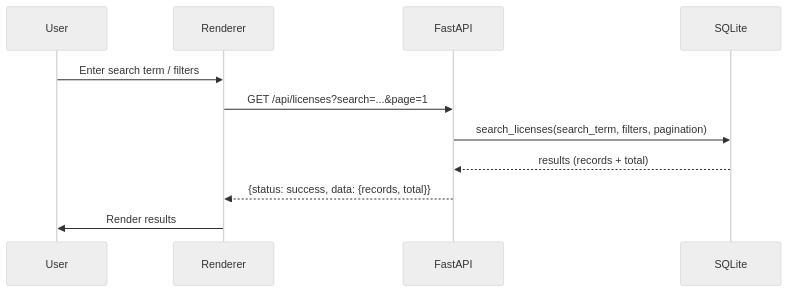
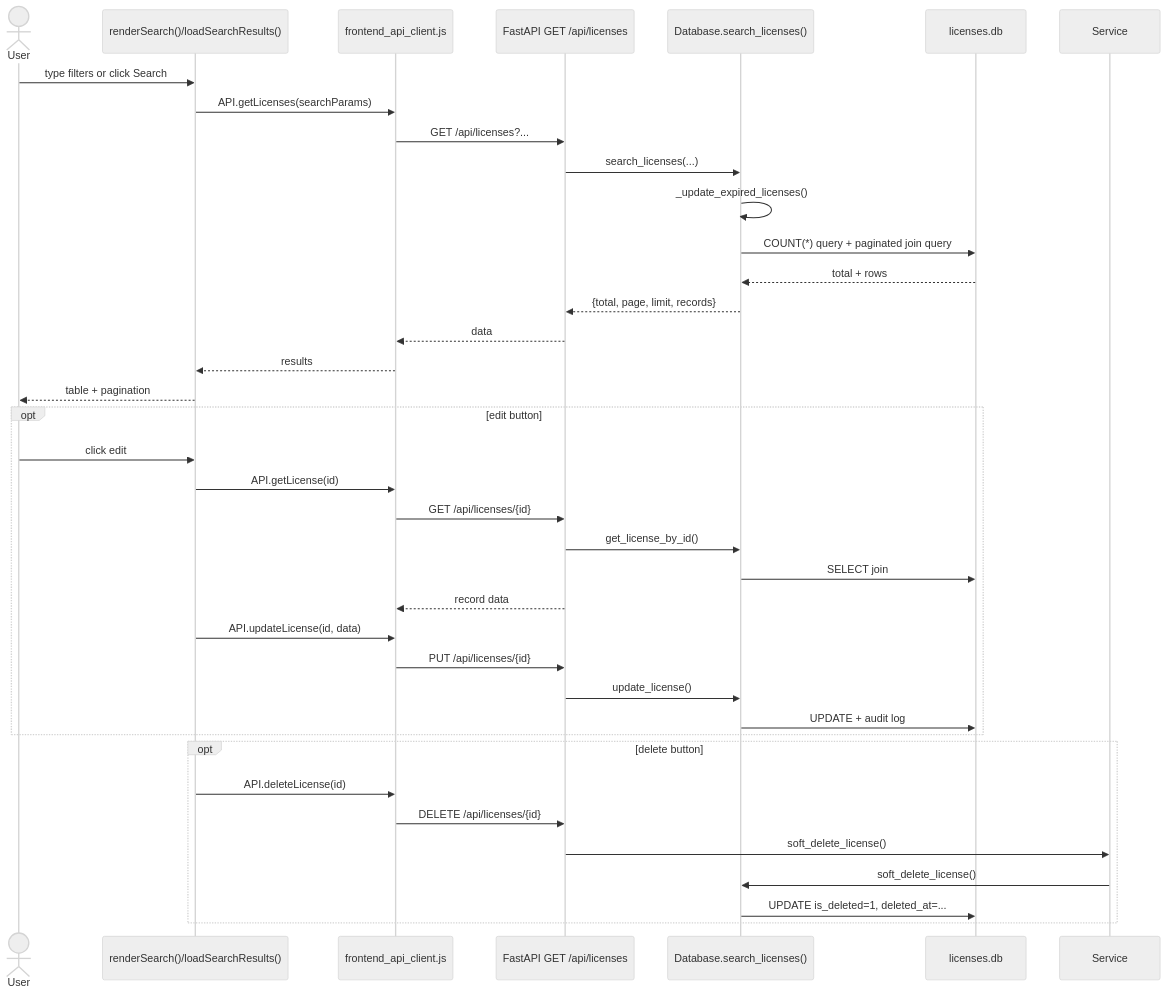
Before and after one commit to raouf-bendahmouche/hazmate: the second of 3 diagrams in docs/system_flows.md, drawn with Mermaid (neutral theme). The commit also changed other lines of this file and 38 other files, not shown here.

Commit message:
login and diagrammes

````diff
--- a/docs/system_flows.md
+++ b/docs/system_flows.md
@@ -37,13 +63,42 @@
 ```mermaid
 sequenceDiagram
-    participant User
-    participant UI as Renderer
-    participant API as FastAPI
-    participant DB as SQLite
-    User->>UI: Enter search term / filters
-    UI->>API: GET /api/licenses?search=...&page=1
-    API->>DB: search_licenses(search_term, filters, pagination)
-    DB-->>API: results (records + total)
-    API-->>UI: {status: success, data: {records, total}}
-    UI->>User: Render results
+    actor User
+    participant UI as renderSearch()/loadSearchResults()
+    participant Client as frontend_api_client.js
+    participant API as FastAPI GET /api/licenses
+    participant DB as Database.search_licenses()
+    participant SQLite as licenses.db
+
+    User->>UI: type filters or click Search
+    UI->>Client: API.getLicenses(searchParams)
+    Client->>API: GET /api/licenses?...
+    API->>DB: search_licenses(...)
+    DB->>DB: _update_expired_licenses()
+    DB->>SQLite: COUNT(*) query + paginated join query
+    SQLite-->>DB: total + rows
+    DB-->>API: {total, page, limit, records}
+    API-->>Client: data
+    Client-->>UI: results
+    UI-->>User: table + pagination
+
+    opt edit button
+        User->>UI: click edit
+        UI->>Client: API.getLicense(id)
+        Client->>API: GET /api/licenses/{id}
+        API->>DB: get_license_by_id()
+        DB->>SQLite: SELECT join
+        API-->>Client: record data
+        UI->>Client: API.updateLicense(id, data)
+        Client->>API: PUT /api/licenses/{id}
+        API->>DB: update_license()
+        DB->>SQLite: UPDATE + audit log
+    end
+
+    opt delete button
+        UI->>Client: API.deleteLicense(id)
+        Client->>API: DELETE /api/licenses/{id}
+        API->>Service: soft_delete_license()
+        Service->>DB: soft_delete_license()
+        DB->>SQLite: UPDATE is_deleted=1, deleted_at=...
+    end
 ```
````
